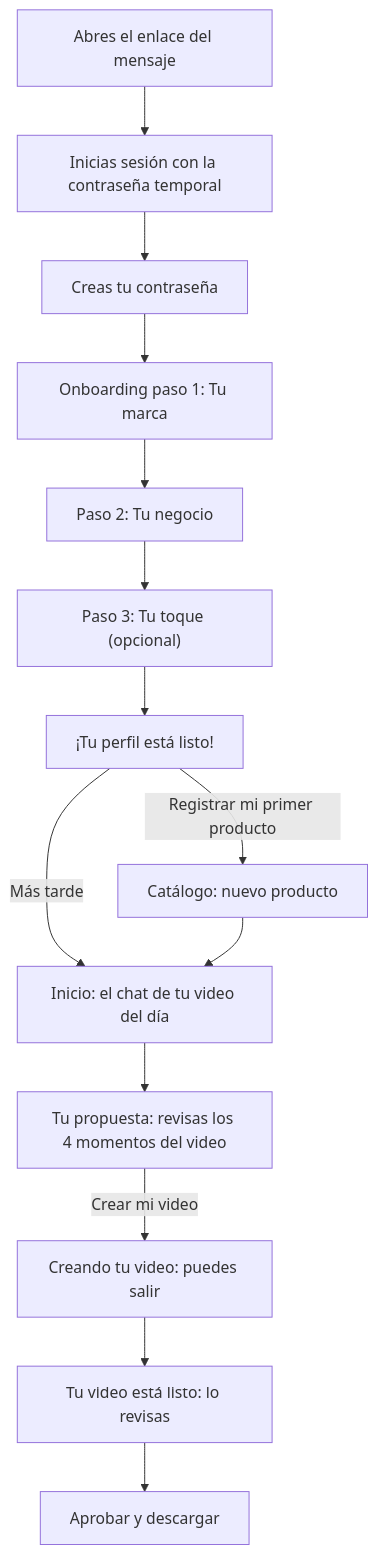
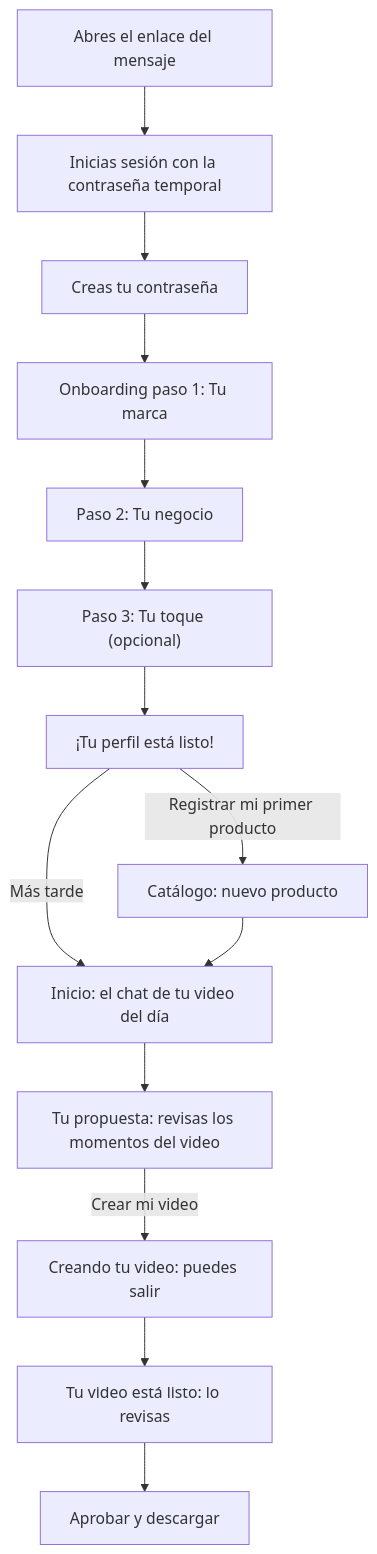
Before and after one commit to fabio2152/autoreel: the first of 4 diagrams in docs/manual-negocio.md, drawn with Mermaid. The commit also changed other lines of this file and 61 other files, not shown here.

````diff
--- a/docs/manual-negocio.md
+++ b/docs/manual-negocio.md
@@ -46,16 +51,16 @@
 ```mermaid
 flowchart TD
     A[Abres el enlace del mensaje] --> B[Inicias sesión con la contraseña temporal]
     B --> C[Creas tu contraseña]
     C --> D[Onboarding paso 1: Tu marca]
     D --> E[Paso 2: Tu negocio]
     E --> F["Paso 3: Tu toque (opcional)"]
     F --> G["¡Tu perfil está listo!"]
     G -->|Registrar mi primer producto| H[Catálogo: nuevo producto]
     G -->|Más tarde| I["Inicio: el chat de tu video del día"]
     H --> I
-    I --> J["Tu propuesta: revisas los 4 momentos del video"]
+    I --> J["Tu propuesta: revisas los momentos del video"]
     J -->|Crear mi video| K["Creando tu video: puedes salir"]
     K --> L["Tu video está listo: lo revisas"]
     L --> M["Aprobar y descargar"]
 ```
````
